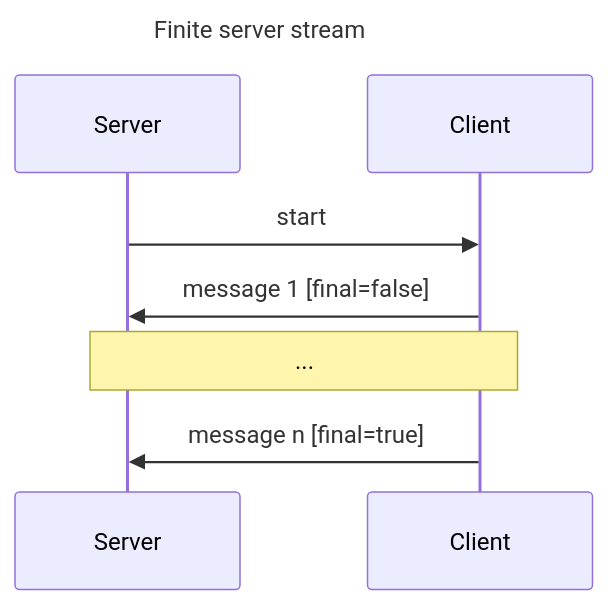
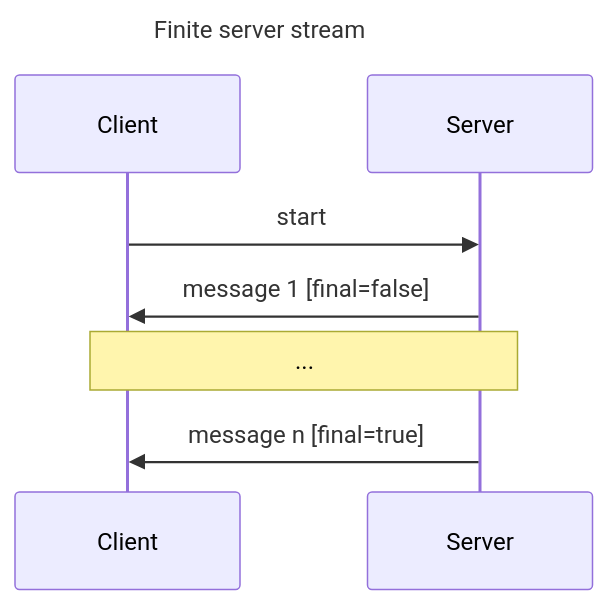
One commit to tzijnge/LotusRpc changed the fourth of 4 diagrams in docs/getting_started.md. Above: the diagram before and after it, drawn with Mermaid. The commit also changed other lines of this file and 5 other files, not shown here.

Commit message:
LRPC-7 Add documentation for constants * Update documentation * LrpcStream now automatically insert 'final' param when needed * First attempt to integrate streams into LRPCC by updating client_cli_visitor.py

````diff
--- a/docs/getting_started.md
+++ b/docs/getting_started.md
@@ -65,9 +65,9 @@
 ``` mermaid
 sequenceDiagram
     title: Finite server stream
 
-    Server ->> Client: start
-    Client ->> Server: message 1 [final=false]
-    Note over Client, Server: ...
-    Client ->> Server: message n [final=true]
+    Client ->> Server: start
+    Server ->> Client: message 1 [final=false]
+    Note over Server, Client: ...
+    Server ->> Client: message n [final=true]
 ```
````
